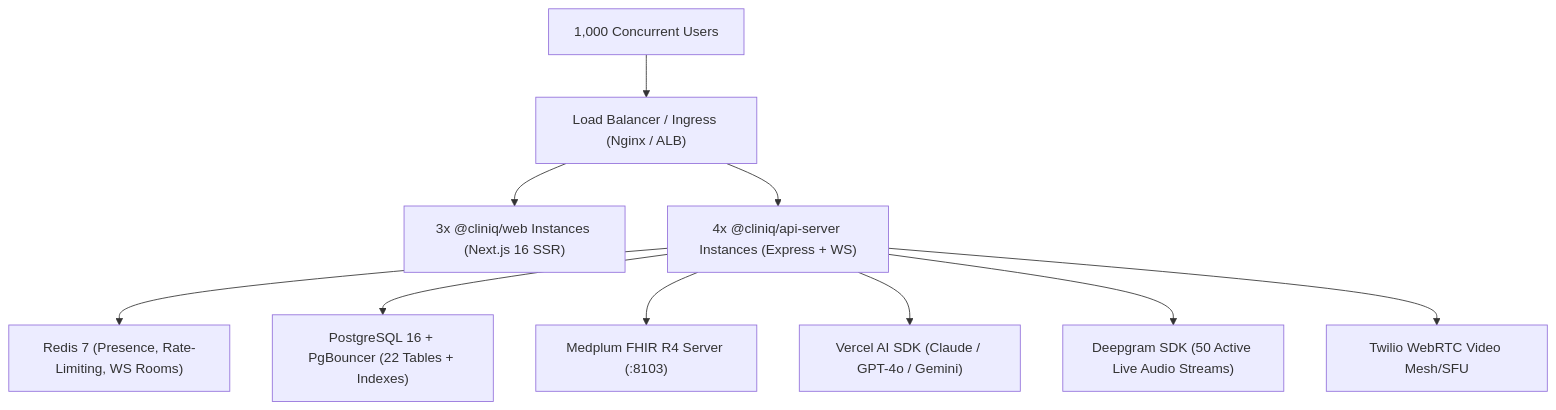
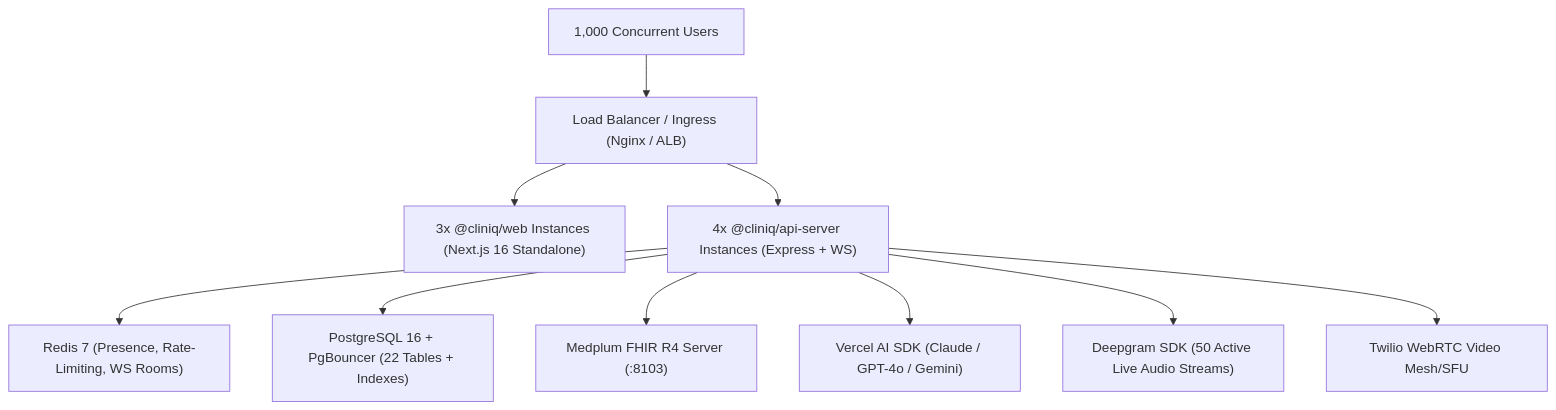
The diagram in SYSTEM_METRICS_AND_CAPACITY_EVALUATION.md (imRahul05/ClinIQ), drawn with Mermaid before and after one commit. The commit also changed other lines of this file and 1 other file, not shown here.

Commit message:
docs: update system capacity metrics and implement Next.js standalone build configuration

````diff
--- a/SYSTEM_METRICS_AND_CAPACITY_EVALUATION.md
+++ b/SYSTEM_METRICS_AND_CAPACITY_EVALUATION.md
@@ -161,14 +164,14 @@
 ```mermaid
 flowchart TD
     Users["1,000 Concurrent Users"] --> Ingress["Load Balancer / Ingress (Nginx / ALB)"]
-    Ingress --> WebNodes["3x @cliniq/web Instances (Next.js 16 SSR)"]
+    Ingress --> WebNodes["3x @cliniq/web Instances (Next.js 16 Standalone)"]
     Ingress --> APINodes["4x @cliniq/api-server Instances (Express + WS)"]
     
     APINodes --> Redis["Redis 7 (Presence, Rate-Limiting, WS Rooms)"]
     APINodes --> Postgres["PostgreSQL 16 + PgBouncer (22 Tables + Indexes)"]
     APINodes --> Medplum["Medplum FHIR R4 Server (:8103)"]
     
     APINodes --> AI["Vercel AI SDK (Claude / GPT-4o / Gemini)"]
     APINodes --> STT["Deepgram SDK (50 Active Live Audio Streams)"]
     APINodes --> Twilio["Twilio WebRTC Video Mesh/SFU"]
 ```
````
